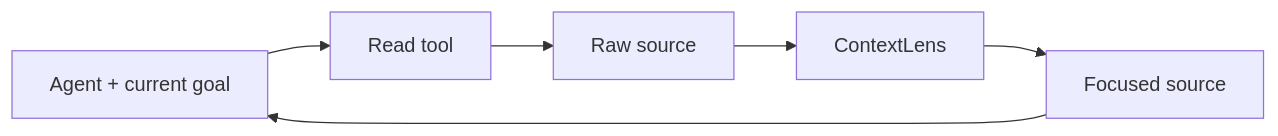
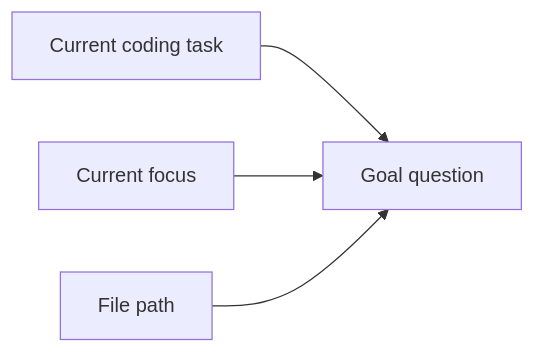
One commit to EvanGruhlkey/ContextLens changed the first of 4 diagrams in README.md. Above: the diagram before and after it, drawn with Mermaid. The commit also changed other lines of this file and 1 other file, not shown here.

````diff
--- a/README.md
+++ b/README.md
@@ -55,8 +53,6 @@
 ```mermaid
 flowchart LR
-    A[Agent + current goal] --> B[Read tool]
-    B --> C[Raw source]
-    C --> D[ContextLens]
-    D --> E[Focused source]
-    E --> A
+    A[Current coding task] --> B[Goal question]
+    C[Current focus] --> B
+    D[File path] --> B
 ```
````
